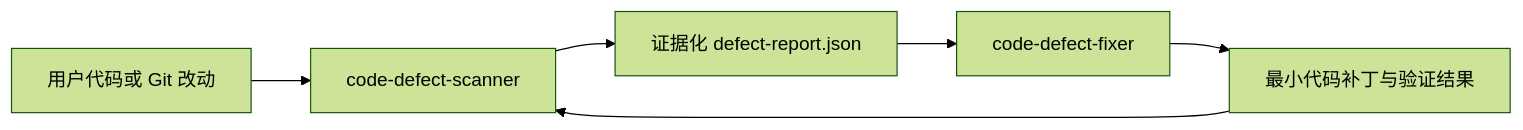
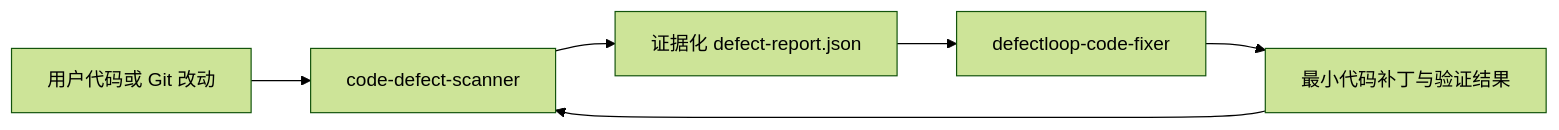
One commit to Lila253/fixer-and-scanner-two-skills changed the diagram in README.md. Above: the diagram before and after it, drawn with Mermaid (forest theme). The commit also changed other lines of this file and 14 other files, not shown here.

Commit message:
Rename fixer skill to DefectLoop namespace

````diff
--- a/README.md
+++ b/README.md
@@ -13,8 +13,8 @@
 ```mermaid
 flowchart LR
     A[用户代码或 Git 改动] --> B[code-defect-scanner]
     B --> C[证据化 defect-report.json]
-    C --> D[code-defect-fixer]
+    C --> D[defectloop-code-fixer]
     D --> E[最小代码补丁与验证结果]
     E --> B
 ```
````
